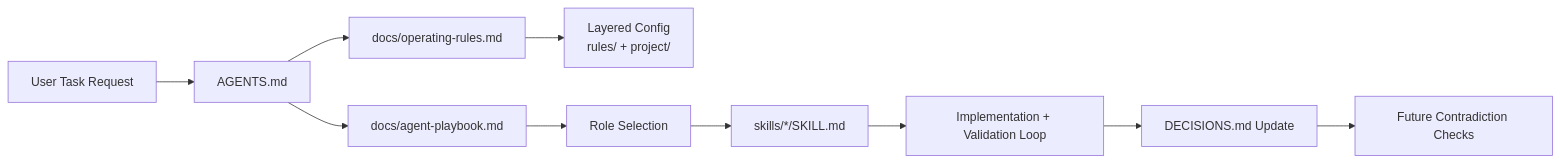
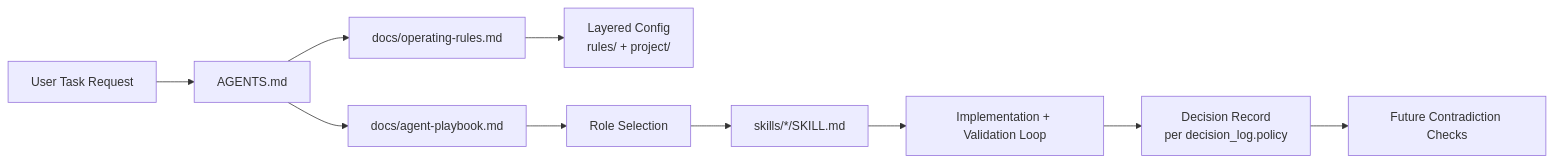
One commit to screenleon/agent-playbook-template changed the diagram in README.md. Above: the diagram before and after it, drawn with Mermaid. The commit also changed other lines of this file and 22 other files, not shown here.

````diff
--- a/README.md
+++ b/README.md
@@ -135,12 +158,12 @@
 ```mermaid
 flowchart LR
     A[User Task Request] --> B[AGENTS.md]
     B --> C[docs/operating-rules.md]
     B --> D[docs/agent-playbook.md]
     C --> L[Layered Config<br/>rules/ + project/]
     D --> E[Role Selection]
     E --> F[skills/*/SKILL.md]
     F --> G[Implementation + Validation Loop]
-    G --> H[DECISIONS.md Update]
+    G --> H[Decision Record<br/>per decision_log.policy]
     H --> I[Future Contradiction Checks]
 ```
````
